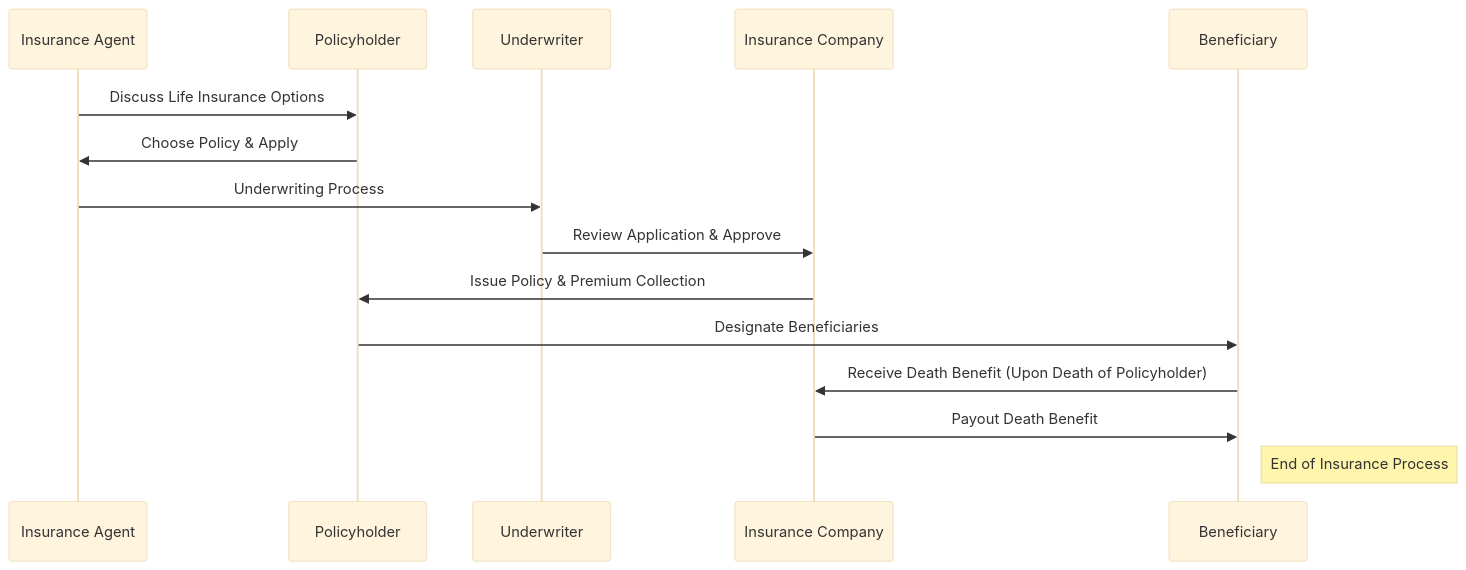
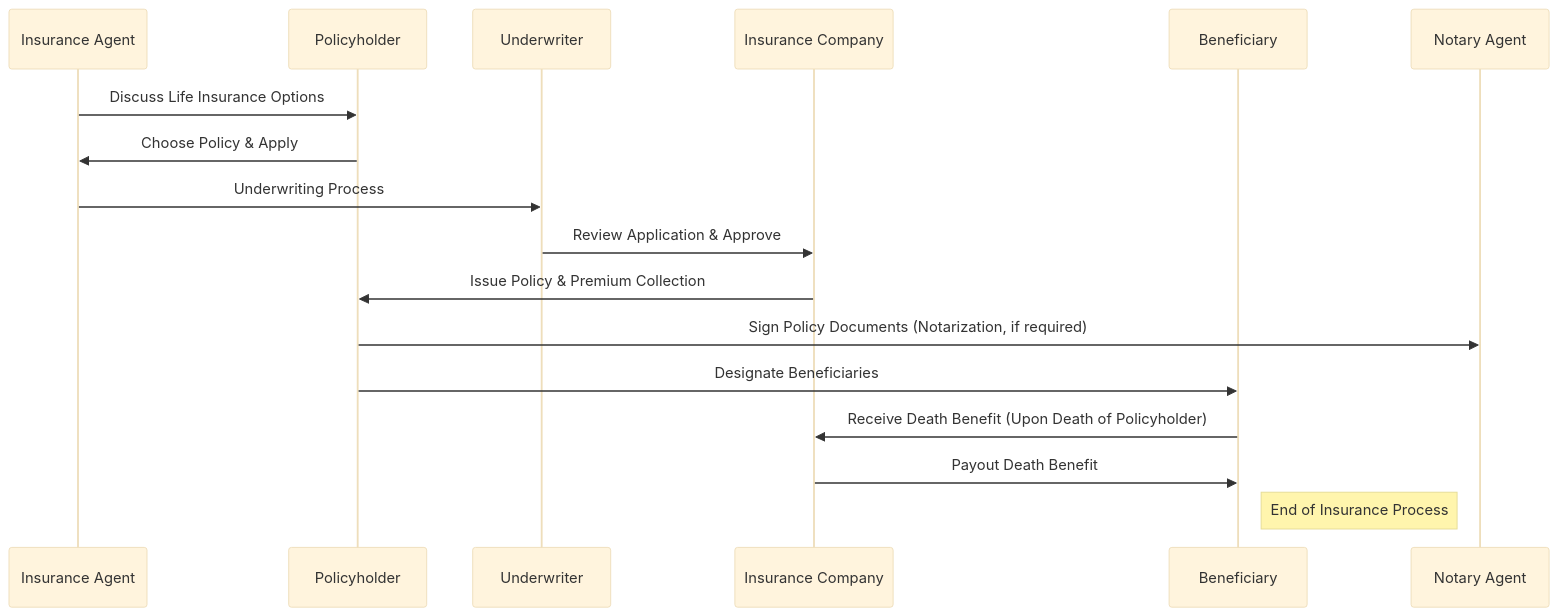
The diagram in Life_Insurance/readme.md (0xNullLight/mermaid-diagrams-notes), drawn with Mermaid (base theme) before and after one commit. The commit also changed other lines of this file, not shown here.

````diff
--- a/Life_Insurance/readme.md
+++ b/Life_Insurance/readme.md
@@ -35,22 +34,22 @@
 ```mermaid
 sequenceDiagram
     participant A as Insurance Agent
     participant B as Policyholder
     participant C as Underwriter
     participant D as Insurance Company
     participant E as Beneficiary
+    participant F as Notary Agent
 
     A->>B: Discuss Life Insurance Options
     B->>A: Choose Policy & Apply
     A->>C: Underwriting Process
     C->>D: Review Application & Approve
     D->>B: Issue Policy & Premium Collection
 
+    B->>F: Sign Policy Documents (Notarization, if required)
     B->>E: Designate Beneficiaries
     E->>D: Receive Death Benefit (Upon Death of Policyholder)
     D->>E: Payout Death Benefit
 
     Note right of E: End of Insurance Process
-
-
 ```
````
